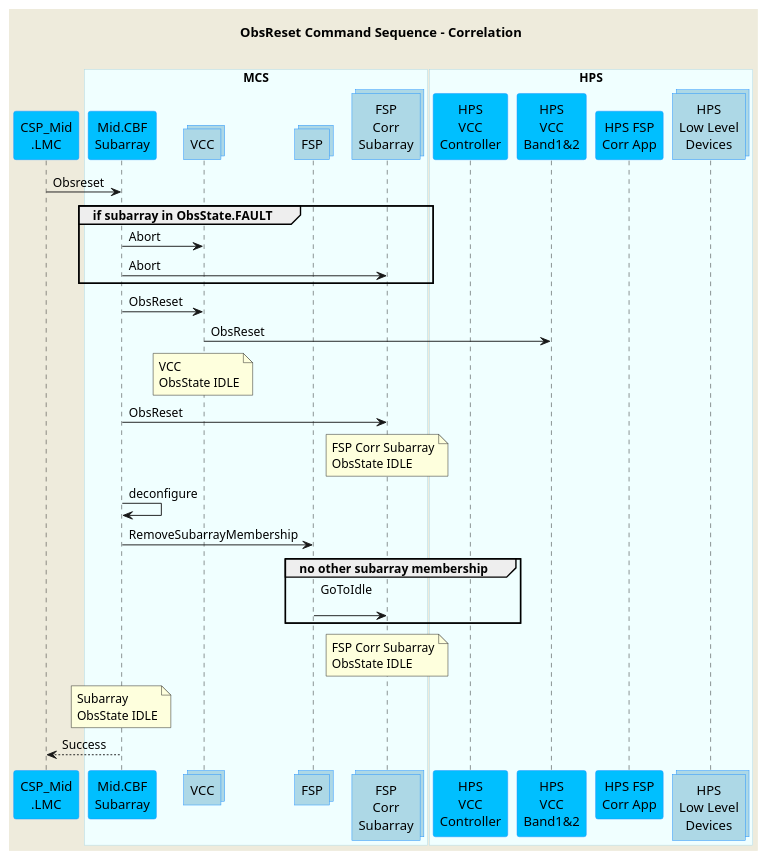
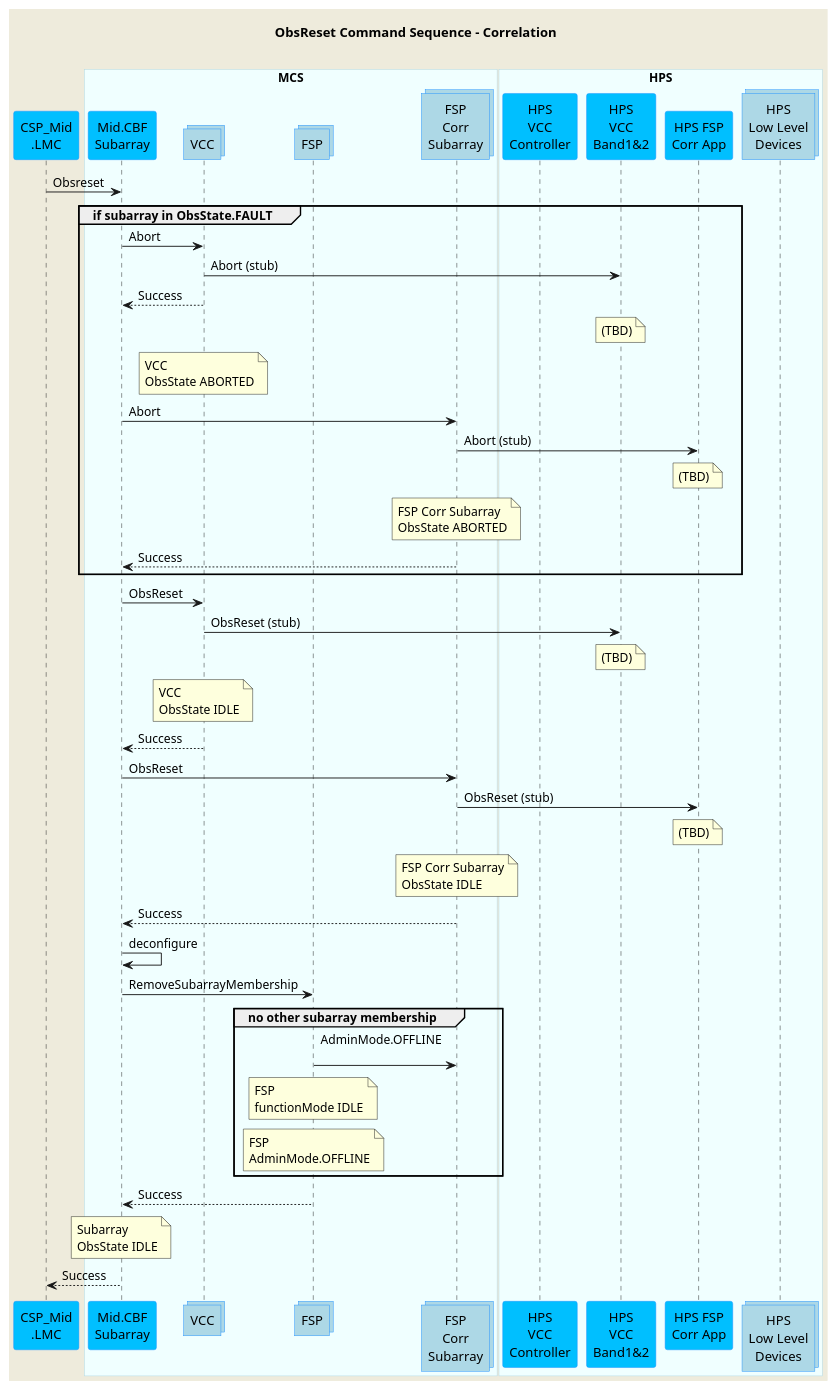
One commit to ska-telescope/mid-cbf-mcs changed the diagram in docs/src/diagrams/obsreset-command.puml. Above: the diagram before and after it, drawn with PlantUML. The commit also changed 1 other file, not shown here.

Commit message:
CIP-2424 update Abort/ObsReset/Restart UML

```diff
--- a/docs/src/diagrams/obsreset-command.puml
+++ b/docs/src/diagrams/obsreset-command.puml
@@ -1,69 +1,84 @@
 @startuml
 'https://plantuml.com/sequence-diagram
 
 skinparam backgroundColor #EEEBDC
 skinparam sequence {
 ParticipantBorderColor DodgerBlue
 ParticipantBackgroundColor DeepSkyBlue
 ActorBorderColor DarkGreen
 ActorBackgroundColor Green
 BoxBorderColor LightBlue
 BoxBackgroundColor #F0FFFF
 }
 
 skinparam collections {
   BackGroundColor LightBlue
   BorderColor DodgerBlue
 }
 
 skinparam database {
   BackgroundColor LightGreen
   BorderColor DarkGreen
 }
 
 title ObsReset Command Sequence - Correlation\n
 
 participant "CSP_Mid\n.LMC" as lmc
 
 box "MCS"
 participant "Mid.CBF\nSubarray" as subarray
 collections "VCC" as vcc
 collections "FSP" as fsp
 collections "FSP\nCorr\nSubarray" as fspsubarray
 end box
 
 box "HPS"
 participant "HPS\nVCC\nController" as hpsvcc
 participant "HPS\nVCC\nBand1&2" as hpsvccband
 participant "HPS FSP\nCorr App" as hpsfsp
 collections "HPS\nLow Level\nDevices" as hpsdevices
 end box
 
 lmc         ->  subarray      : Obsreset
 
 group if subarray in ObsState.FAULT
 subarray    ->  vcc           : Abort
+vcc         ->  hpsvccband    : Abort (stub)
+subarray    <--  vcc          : Success
+note over hpsvccband          : (TBD)
+note over vcc                 : VCC\nObsState ABORTED
 subarray    ->  fspsubarray   : Abort
+fspsubarray ->  hpsfsp        : Abort (stub)
+note over hpsfsp              : (TBD)
+note over fspsubarray         : FSP Corr Subarray\nObsState ABORTED
+subarray    <--  fspsubarray  : Success
 end group
 
 subarray    ->  vcc           : ObsReset
-vcc         ->  hpsvccband    : ObsReset
+vcc         ->  hpsvccband    : ObsReset (stub)
+note over hpsvccband          : (TBD)
+note over vcc                 : VCC\nObsState IDLE
+subarray    <--  vcc          : Success
 
-note over vcc                 : VCC\nObsState IDLE
 subarray    ->  fspsubarray   : ObsReset
-
+fspsubarray ->  hpsfsp        : ObsReset (stub)
+note over hpsfsp              : (TBD)
 note over fspsubarray         : FSP Corr Subarray\nObsState IDLE
+subarray    <--  fspsubarray  : Success
 
 subarray    ->  subarray      : deconfigure
 subarray    ->  fsp           : RemoveSubarrayMembership
 
 group no other subarray membership
-fsp         ->  fspsubarray   : GoToIdle\n
+fsp         ->  fspsubarray   : AdminMode.OFFLINE\n
+note over fsp                 : FSP\nfunctionMode IDLE
+note over fsp                 : FSP\nAdminMode.OFFLINE
 end group
 
-note over fspsubarray         : FSP Corr Subarray\nObsState IDLE
+subarray    <--  fsp          : Success
+
 note over subarray            : Subarray\nObsState IDLE
 lmc        <--  subarray      : Success
 
 
 @enduml
```
